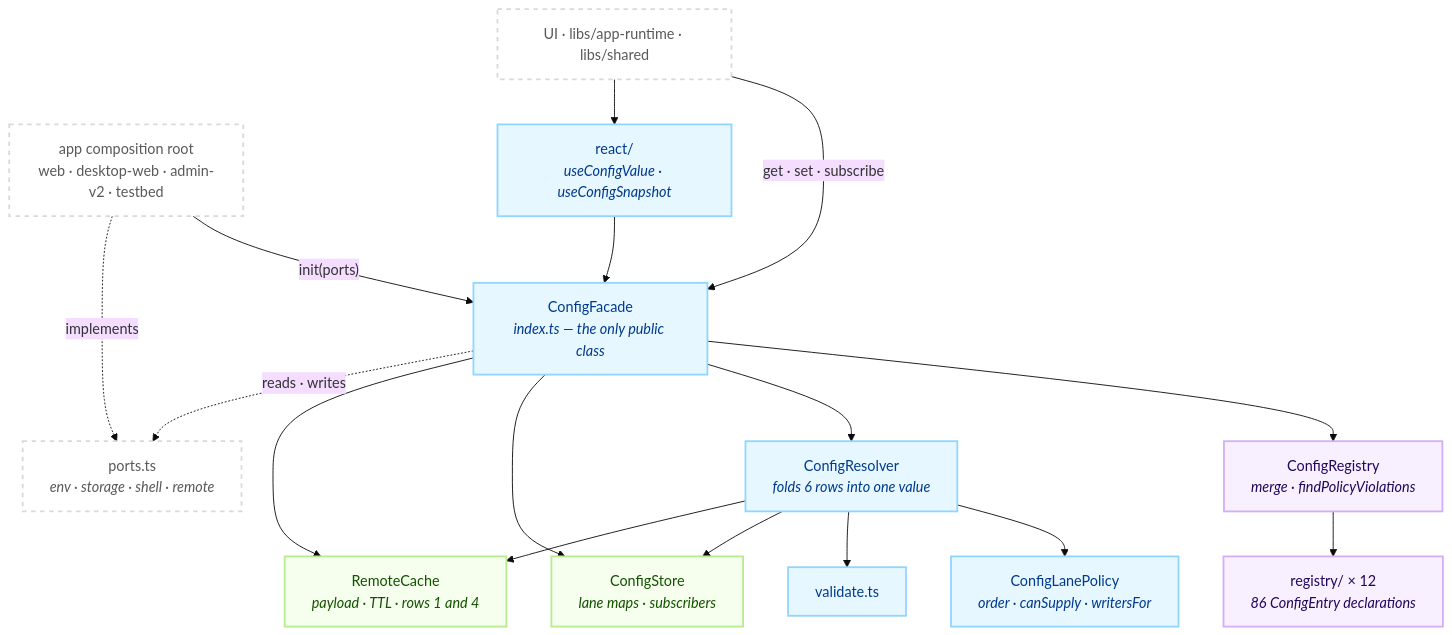
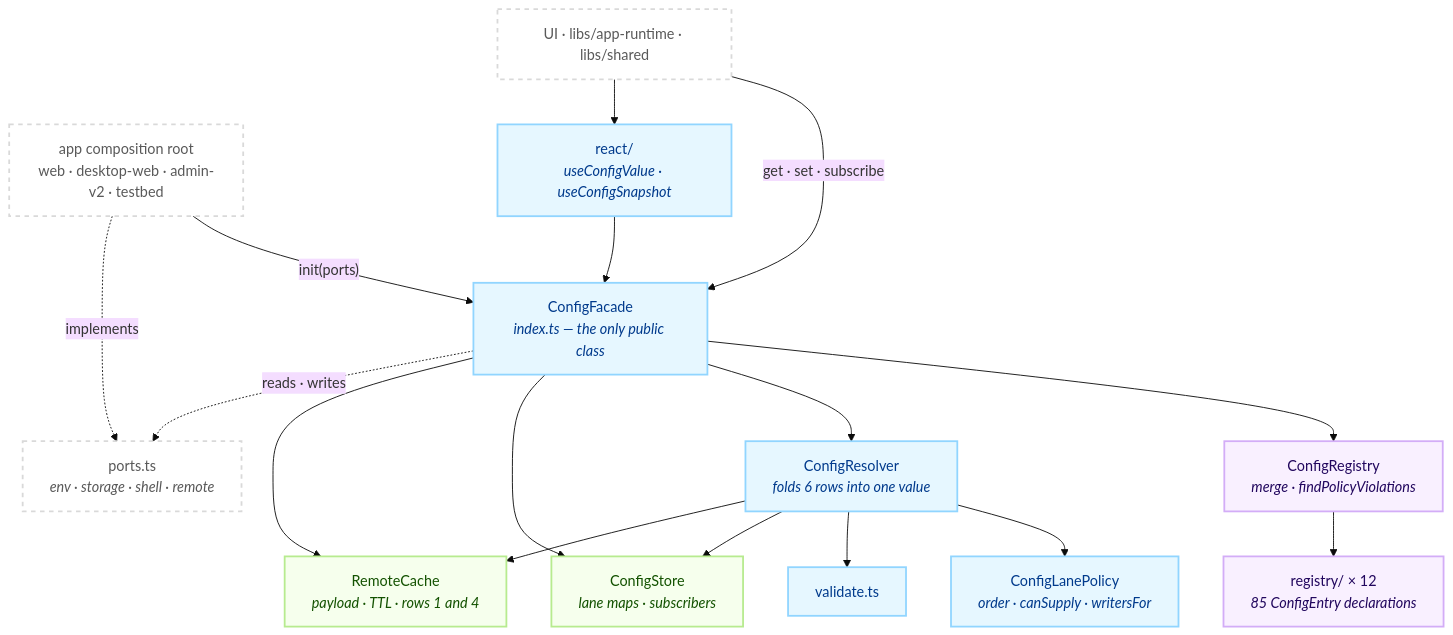
Before and after one commit to lemoncloud-io/dou-app: the first of 2 diagrams in libs/config/README.md, drawn with Mermaid (base theme). The commit also changed other lines of this file and 11 other files, not shown here.

````diff
--- a/libs/config/README.md
+++ b/libs/config/README.md
@@ -59,40 +59,40 @@
 ```mermaid
 flowchart TD
     classDef decl fill:#f9f0ff,stroke:#d3adf7,stroke-width:2px,color:#22075e;
     classDef resl fill:#e6f7ff,stroke:#91d5ff,stroke-width:2px,color:#003a8c;
     classDef hold fill:#f6ffed,stroke:#b7eb8f,stroke-width:2px,color:#135200;
     classDef ext fill:#ffffff,stroke:#d9d9d9,stroke-width:2px,color:#595959,stroke-dasharray: 5 5;
 
     App["app composition root<br/>web · desktop-web · admin-v2 · testbed"]:::ext
     UI["UI · libs/app-runtime · libs/shared"]:::ext
 
     Facade["ConfigFacade<br/><i>index.ts — the only public class</i>"]:::resl
     React["react/<br/><i>useConfigValue · useConfigSnapshot</i>"]:::resl
 
     Registry["ConfigRegistry<br/><i>merge · findPolicyViolations</i>"]:::decl
-    Modules["registry/ × 12<br/><i>86 ConfigEntry declarations</i>"]:::decl
+    Modules["registry/ × 12<br/><i>85 ConfigEntry declarations</i>"]:::decl
 
     Resolver["ConfigResolver<br/><i>folds 6 rows into one value</i>"]:::resl
     Policy["ConfigLanePolicy<br/><i>order · canSupply · writersFor</i>"]:::resl
     Validate["validate.ts"]:::resl
 
     Store["ConfigStore<br/><i>lane maps · subscribers</i>"]:::hold
     Remote["RemoteCache<br/><i>payload · TTL · rows 1 and 4</i>"]:::hold
 
     Ports["ports.ts<br/><i>env · storage · shell · remote</i>"]:::ext
 
     App -->|"init(ports)"| Facade
     UI -->|"get · set · subscribe"| Facade
     UI --> React
     React --> Facade
     Facade --> Registry --> Modules
     Facade --> Resolver
     Facade --> Store
     Facade --> Remote
     Resolver --> Policy
     Resolver --> Validate
     Resolver --> Store
     Resolver --> Remote
     Facade -.->|"reads · writes"| Ports
     App -.->|"implements"| Ports
 ```
````
